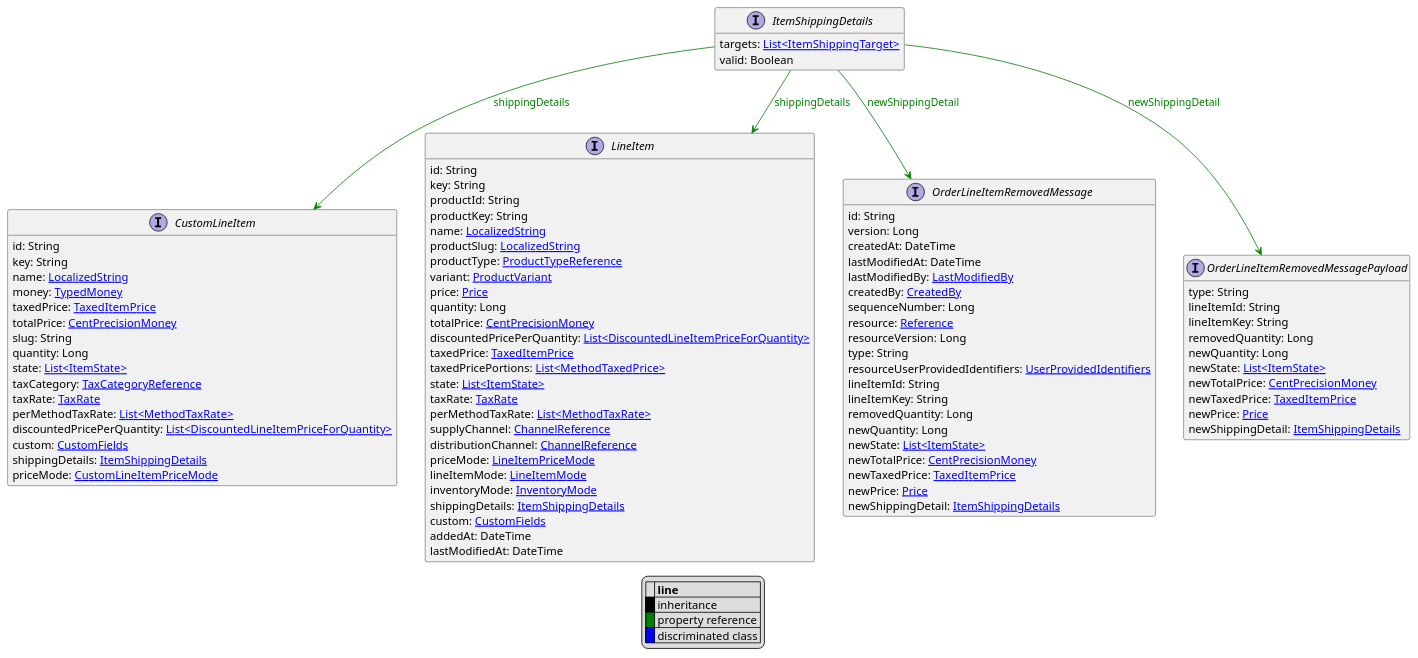
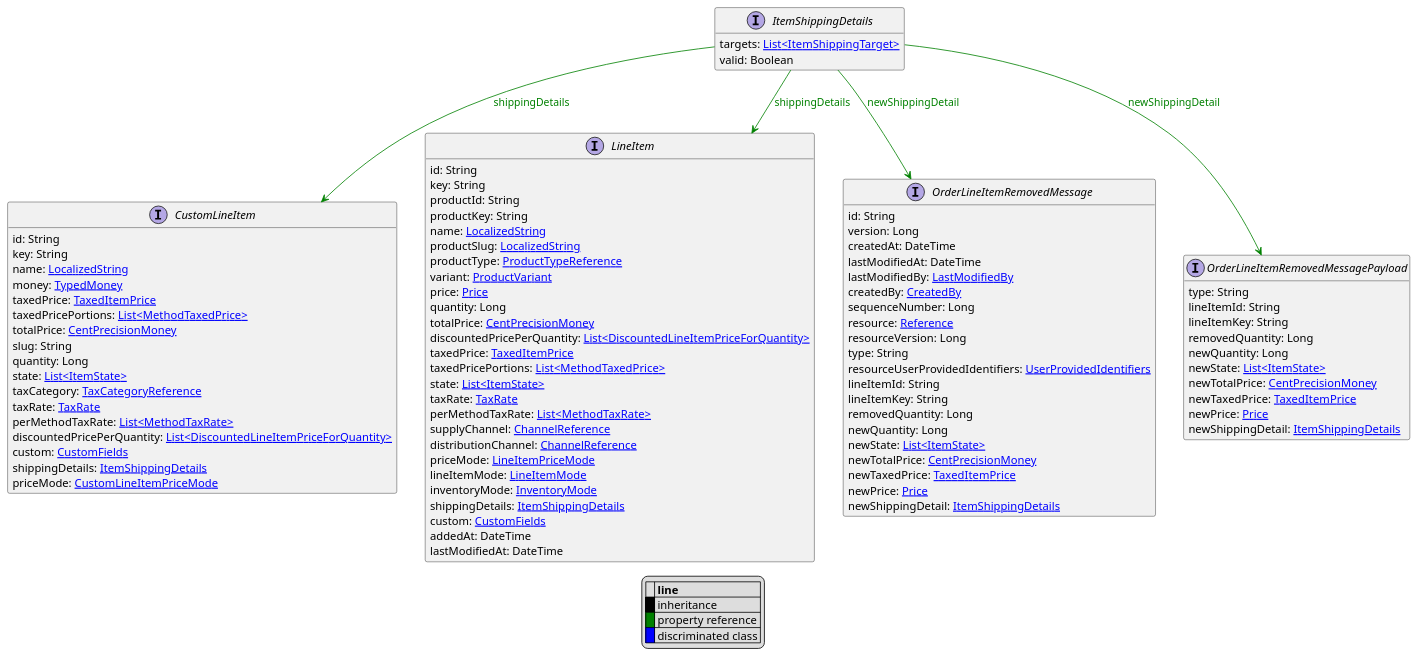
One commit to commercetools/commercetools-api-reference changed the diagram in uml/api/ItemShippingDetails.puml. Above: the diagram before and after it, drawn with PlantUML. The commit also changed 44 other files, not shown here.

```diff
--- a/uml/api/ItemShippingDetails.puml
+++ b/uml/api/ItemShippingDetails.puml
@@ -1,103 +1,104 @@
 @startuml
 
 hide empty fields
 hide empty methods
 legend
 |= |= line |
 |<back:black>   </back>| inheritance |
 |<back:green>   </back>| property reference |
 |<back:blue>   </back>| discriminated class |
 endlegend
 interface ItemShippingDetails [[ItemShippingDetails.svg]]  {
     targets: [[ItemShippingTarget.svg List<ItemShippingTarget>]]
     valid: Boolean
 }
 
 
 
 interface CustomLineItem [[CustomLineItem.svg]]  {
     id: String
     key: String
     name: [[LocalizedString.svg LocalizedString]]
     money: [[TypedMoney.svg TypedMoney]]
     taxedPrice: [[TaxedItemPrice.svg TaxedItemPrice]]
+    taxedPricePortions: [[MethodTaxedPrice.svg List<MethodTaxedPrice>]]
     totalPrice: [[CentPrecisionMoney.svg CentPrecisionMoney]]
     slug: String
     quantity: Long
     state: [[ItemState.svg List<ItemState>]]
     taxCategory: [[TaxCategoryReference.svg TaxCategoryReference]]
     taxRate: [[TaxRate.svg TaxRate]]
     perMethodTaxRate: [[MethodTaxRate.svg List<MethodTaxRate>]]
     discountedPricePerQuantity: [[DiscountedLineItemPriceForQuantity.svg List<DiscountedLineItemPriceForQuantity>]]
     custom: [[CustomFields.svg CustomFields]]
     shippingDetails: [[ItemShippingDetails.svg ItemShippingDetails]]
     priceMode: [[CustomLineItemPriceMode.svg CustomLineItemPriceMode]]
 }
 interface LineItem [[LineItem.svg]]  {
     id: String
     key: String
     productId: String
     productKey: String
     name: [[LocalizedString.svg LocalizedString]]
     productSlug: [[LocalizedString.svg LocalizedString]]
     productType: [[ProductTypeReference.svg ProductTypeReference]]
     variant: [[ProductVariant.svg ProductVariant]]
     price: [[Price.svg Price]]
     quantity: Long
     totalPrice: [[CentPrecisionMoney.svg CentPrecisionMoney]]
     discountedPricePerQuantity: [[DiscountedLineItemPriceForQuantity.svg List<DiscountedLineItemPriceForQuantity>]]
     taxedPrice: [[TaxedItemPrice.svg TaxedItemPrice]]
     taxedPricePortions: [[MethodTaxedPrice.svg List<MethodTaxedPrice>]]
     state: [[ItemState.svg List<ItemState>]]
     taxRate: [[TaxRate.svg TaxRate]]
     perMethodTaxRate: [[MethodTaxRate.svg List<MethodTaxRate>]]
     supplyChannel: [[ChannelReference.svg ChannelReference]]
     distributionChannel: [[ChannelReference.svg ChannelReference]]
     priceMode: [[LineItemPriceMode.svg LineItemPriceMode]]
     lineItemMode: [[LineItemMode.svg LineItemMode]]
     inventoryMode: [[InventoryMode.svg InventoryMode]]
     shippingDetails: [[ItemShippingDetails.svg ItemShippingDetails]]
     custom: [[CustomFields.svg CustomFields]]
     addedAt: DateTime
     lastModifiedAt: DateTime
 }
 interface OrderLineItemRemovedMessage [[OrderLineItemRemovedMessage.svg]]  {
     id: String
     version: Long
     createdAt: DateTime
     lastModifiedAt: DateTime
     lastModifiedBy: [[LastModifiedBy.svg LastModifiedBy]]
     createdBy: [[CreatedBy.svg CreatedBy]]
     sequenceNumber: Long
     resource: [[Reference.svg Reference]]
     resourceVersion: Long
     type: String
     resourceUserProvidedIdentifiers: [[UserProvidedIdentifiers.svg UserProvidedIdentifiers]]
     lineItemId: String
     lineItemKey: String
     removedQuantity: Long
     newQuantity: Long
     newState: [[ItemState.svg List<ItemState>]]
     newTotalPrice: [[CentPrecisionMoney.svg CentPrecisionMoney]]
     newTaxedPrice: [[TaxedItemPrice.svg TaxedItemPrice]]
     newPrice: [[Price.svg Price]]
     newShippingDetail: [[ItemShippingDetails.svg ItemShippingDetails]]
 }
 interface OrderLineItemRemovedMessagePayload [[OrderLineItemRemovedMessagePayload.svg]]  {
     type: String
     lineItemId: String
     lineItemKey: String
     removedQuantity: Long
     newQuantity: Long
     newState: [[ItemState.svg List<ItemState>]]
     newTotalPrice: [[CentPrecisionMoney.svg CentPrecisionMoney]]
     newTaxedPrice: [[TaxedItemPrice.svg TaxedItemPrice]]
     newPrice: [[Price.svg Price]]
     newShippingDetail: [[ItemShippingDetails.svg ItemShippingDetails]]
 }
 
 ItemShippingDetails --> CustomLineItem #green;text:green : "shippingDetails"
 ItemShippingDetails --> LineItem #green;text:green : "shippingDetails"
 ItemShippingDetails --> OrderLineItemRemovedMessage #green;text:green : "newShippingDetail"
 ItemShippingDetails --> OrderLineItemRemovedMessagePayload #green;text:green : "newShippingDetail"
 @enduml
```
